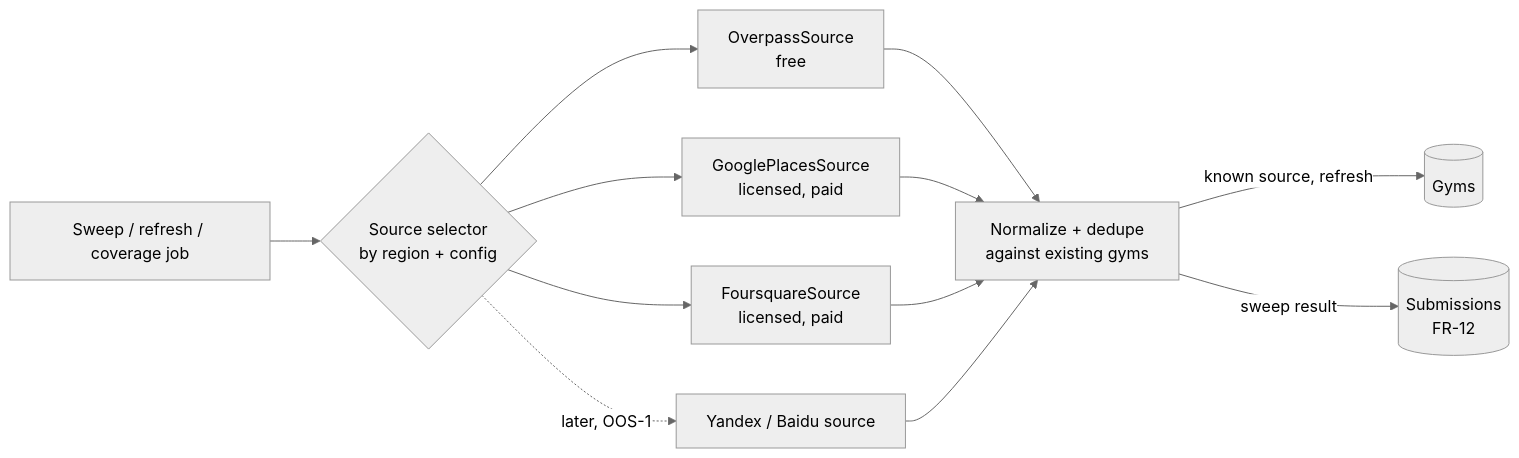
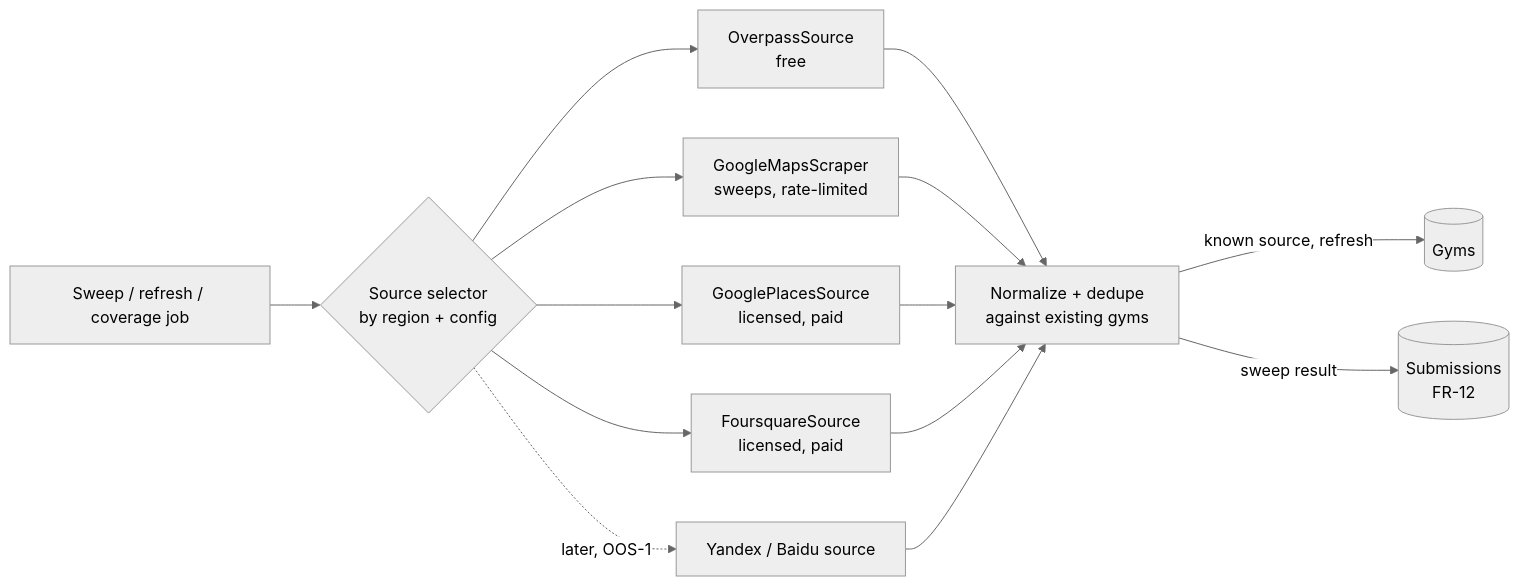
Before and after one commit to AbsentLung/TravelApp: diagram 15 of 16 in DESIGN_DISCUSSION.md, drawn with Mermaid (neutral theme). The commit also changed other lines of this file, not shown here.

````diff
--- a/DESIGN_DISCUSSION.md
+++ b/DESIGN_DISCUSSION.md
@@ -395,11 +423,12 @@
 ```mermaid
 flowchart LR
     J[Sweep / refresh / coverage job] --> SEL{Source selector<br/>by region + config}
     SEL --> OSM[OverpassSource<br/>free]
+    SEL --> GMS[GoogleMapsScraper<br/>sweeps, rate-limited]
     SEL --> GP[GooglePlacesSource<br/>licensed, paid]
     SEL --> FSQ[FoursquareSource<br/>licensed, paid]
     SEL -.later, OOS-1.-> REG[Yandex / Baidu source]
-    OSM & GP & FSQ & REG --> N[Normalize + dedupe<br/>against existing gyms]
+    OSM & GMS & GP & FSQ & REG --> N[Normalize + dedupe<br/>against existing gyms]
     N -->|known source, refresh| PG[(Gyms)]
     N -->|sweep result| SUB[(Submissions<br/>FR-12)]
 ```
````
